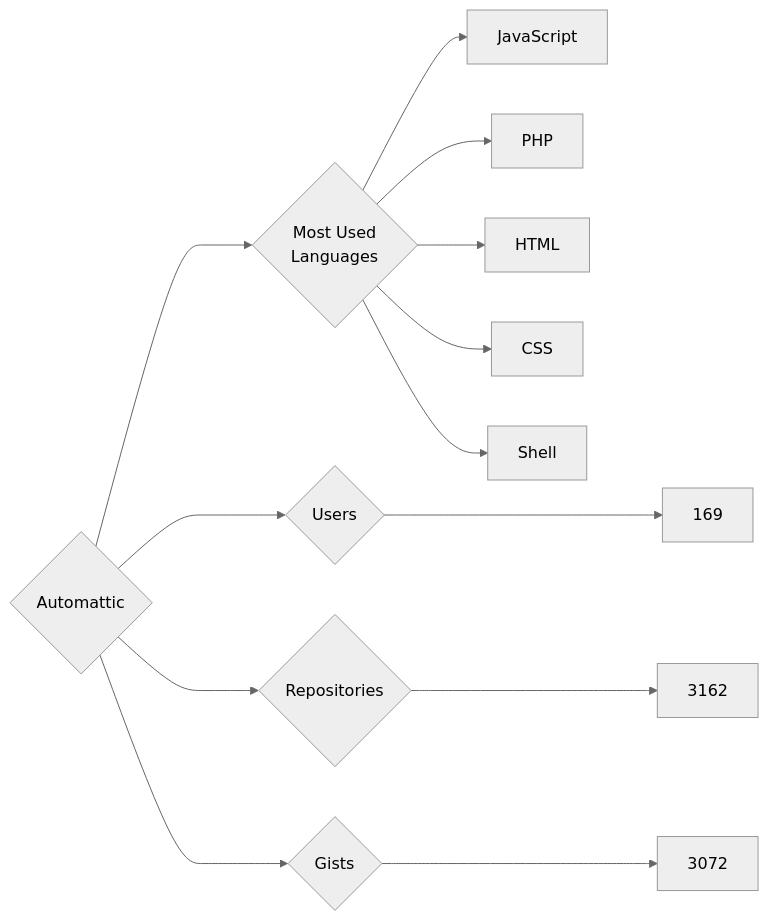
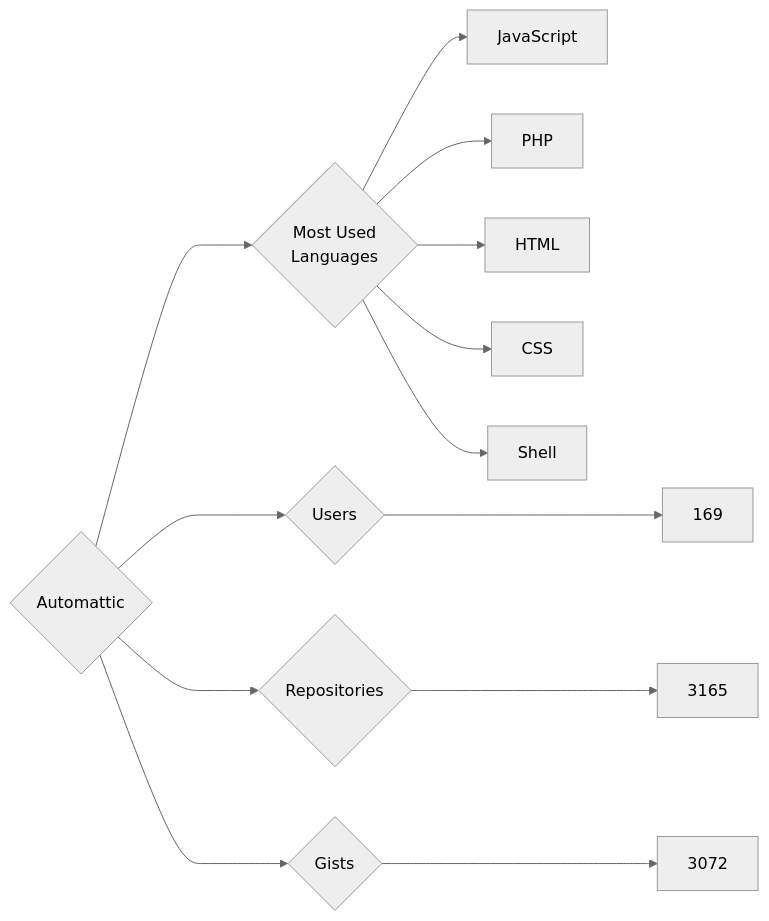
Before and after one commit to trickest/insiders: the diagram in targets/Automattic/README.md, drawn with Mermaid (neutral theme). The commit also changed 569 other files, not shown here.

````diff
--- a/targets/Automattic/README.md
+++ b/targets/Automattic/README.md
@@ -3,13 +3,13 @@
 ```mermaid
 graph LR
 COMPANY_NAME{Automattic}
 COMPANY_NAME ---> U{Users} ---> UN[169]
-COMPANY_NAME ---> R{Repositories} ---> RN[3162]
+COMPANY_NAME ---> R{Repositories} ---> RN[3165]
 COMPANY_NAME ---> G{Gists} ---> GN[3072]
 COMPANY_NAME ---> ML{Most Used<br>Languages}
 ML --> JavaScript[JavaScript]
 ML --> PHP[PHP]
 ML --> HTML[HTML]
 ML --> CSS[CSS]
 ML --> Shell[Shell]
 ```
````
